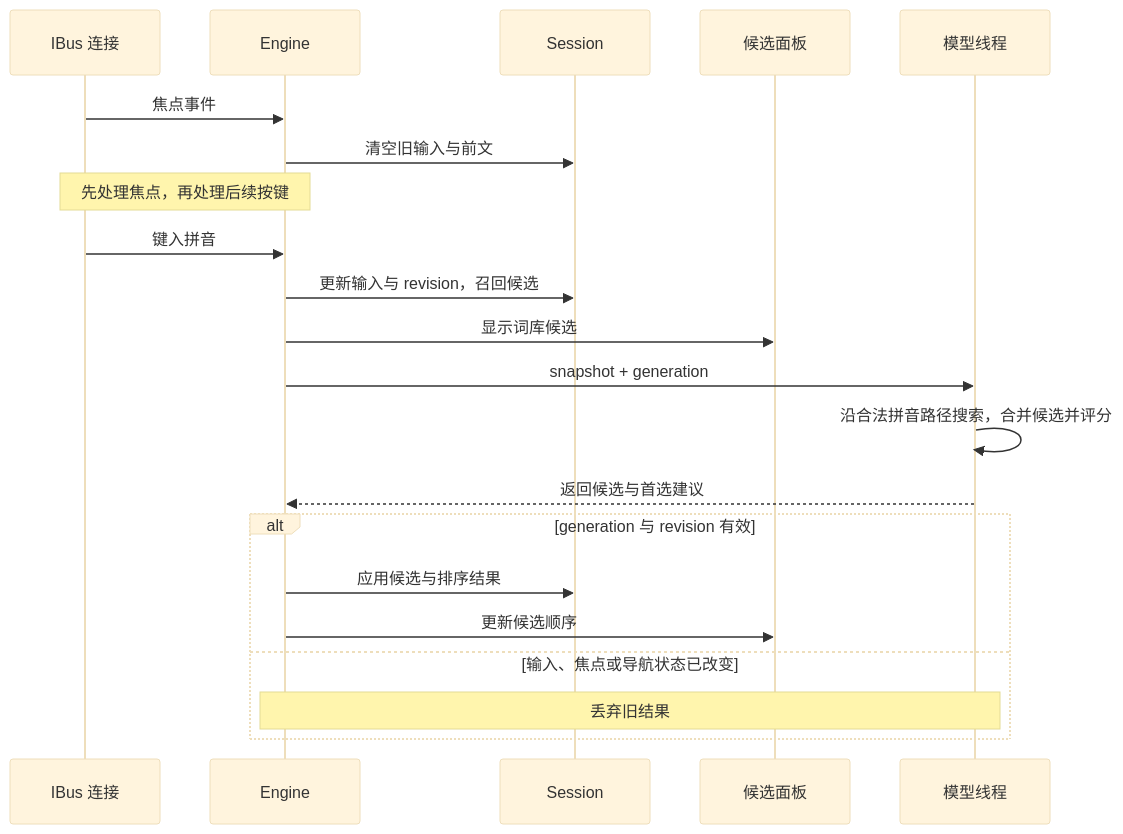
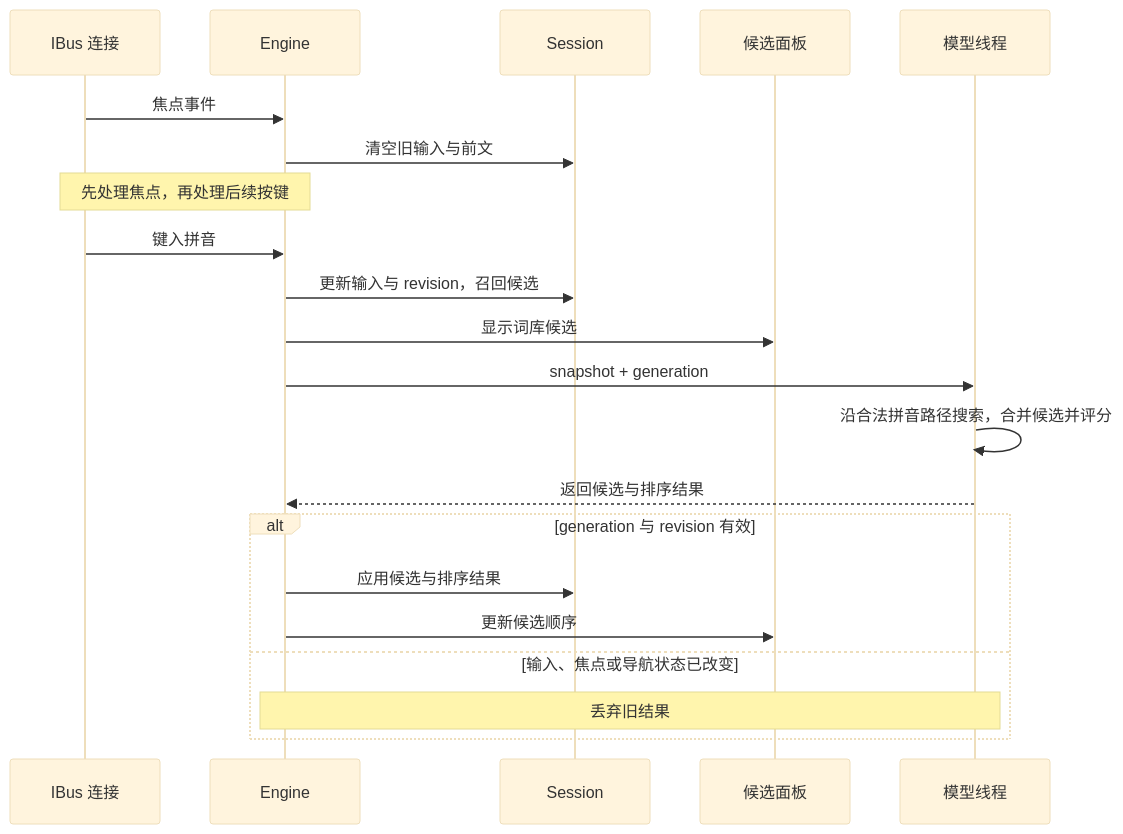
One commit to NEX-S/yanliu changed the second of 3 diagrams in README.md. Above: the diagram before and after it, drawn with Mermaid (base theme). The commit also changed other lines of this file and 9 other files, not shown here.

````diff
--- a/README.md
+++ b/README.md
@@ -145,24 +145,24 @@
 ```mermaid
 sequenceDiagram
     participant B as IBus 连接
     participant E as Engine
     participant S as Session
     participant P as 候选面板
     participant M as 模型线程
 
     B->>E: 焦点事件
     E->>S: 清空旧输入与前文
     Note over B,E: 先处理焦点，再处理后续按键
     B->>E: 键入拼音
     E->>S: 更新输入与 revision，召回候选
     E->>P: 显示词库候选
     E->>M: snapshot + generation
     M->>M: 沿合法拼音路径搜索，合并候选并评分
-    M-->>E: 返回候选与首选建议
+    M-->>E: 返回候选与排序结果
     alt generation 与 revision 有效
         E->>S: 应用候选与排序结果
         E->>P: 更新候选顺序
     else 输入、焦点或导航状态已改变
         Note over E,M: 丢弃旧结果
     end
 ```
````
